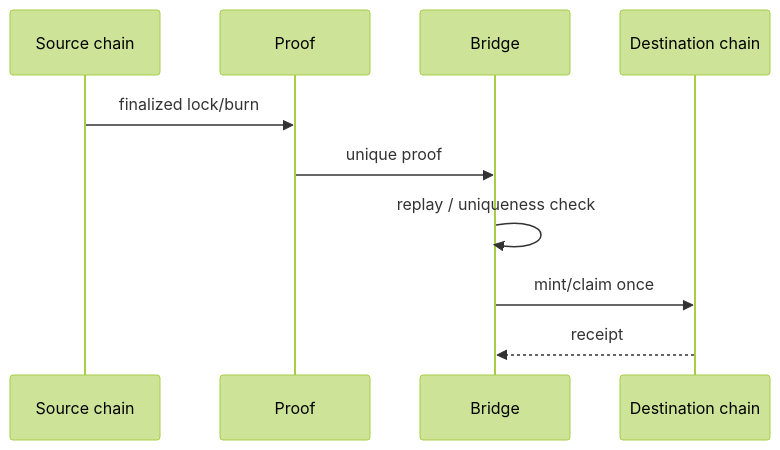
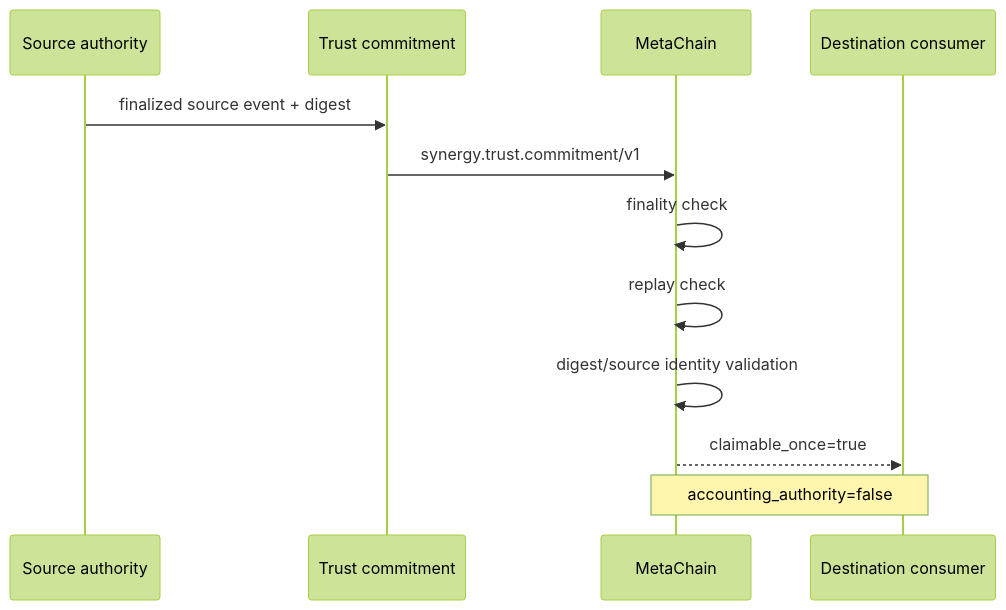
Before and after one commit to Shtenco/synergy_metachain: the first of 2 diagrams in README.md, drawn with Mermaid (forest theme). The commit also changed other lines of this file, not shown here.

Commit message:
docs: document actual MetaChain replay runtime and bridge gaps

````diff
--- a/README.md
+++ b/README.md
@@ -17,12 +70,14 @@
 ```mermaid
 sequenceDiagram
-    participant S as Source chain
-    participant P as Proof
-    participant B as Bridge
-    participant D as Destination chain
-    S->>P: finalized lock/burn
-    P->>B: unique proof
-    B->>B: replay / uniqueness check
-    B->>D: mint/claim once
-    D-->>B: receipt
+    participant S as Source authority
+    participant T as Trust commitment
+    participant M as MetaChain
+    participant D as Destination consumer
+    S->>T: finalized source event + digest
+    T->>M: synergy.trust.commitment/v1
+    M->>M: finality check
+    M->>M: replay check
+    M->>M: digest/source identity validation
+    M-->>D: claimable_once=true
+    Note over M,D: accounting_authority=false
 ```
````
